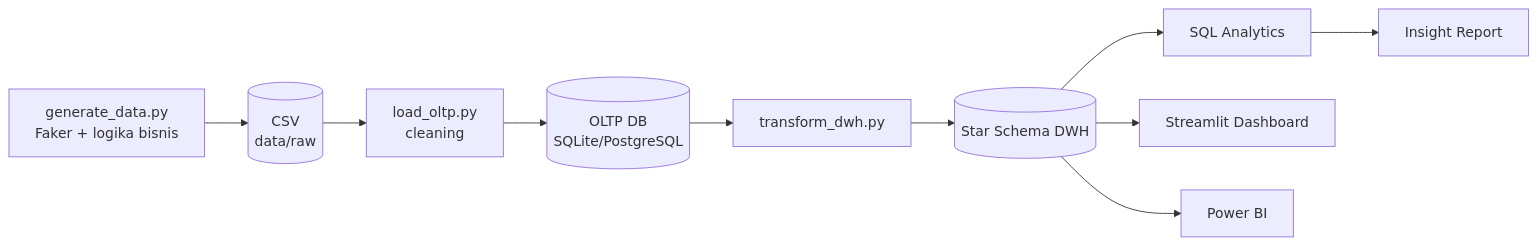
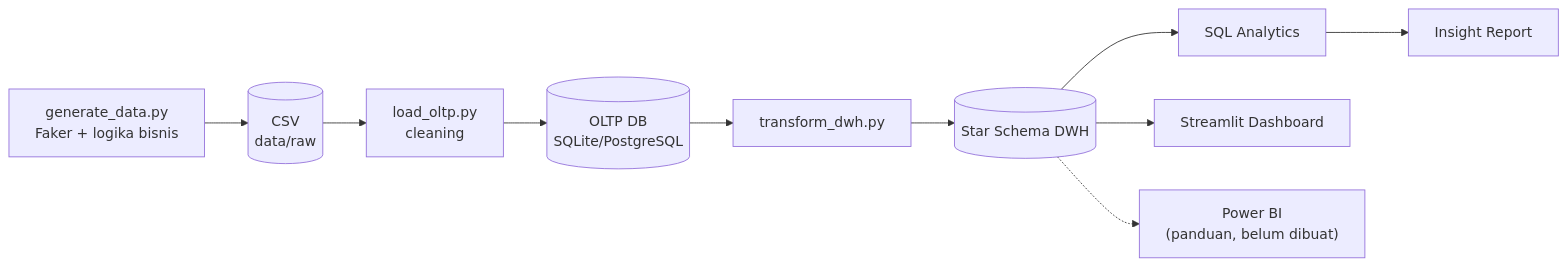
One commit to marcoalex317/UMKM-BI-Platform changed the diagram in README.md. Above: the diagram before and after it, drawn with Mermaid.

Commit message:
Mark Power BI as guide only in architecture diagram

````diff
--- a/README.md
+++ b/README.md
@@ -69,12 +69,12 @@
 ```mermaid
 flowchart LR
     A["generate_data.py<br/>Faker + logika bisnis"] --> B[("CSV<br/>data/raw")]
     B --> C["load_oltp.py<br/>cleaning"]
     C --> D[("OLTP DB<br/>SQLite/PostgreSQL")]
     D --> E["transform_dwh.py"]
     E --> F[("Star Schema DWH")]
     F --> G["SQL Analytics"]
     F --> H["Streamlit Dashboard"]
-    F --> I["Power BI"]
+    F -.-> I["Power BI<br/>(panduan, belum dibuat)"]
     G --> J["Insight Report"]
 ```
````
